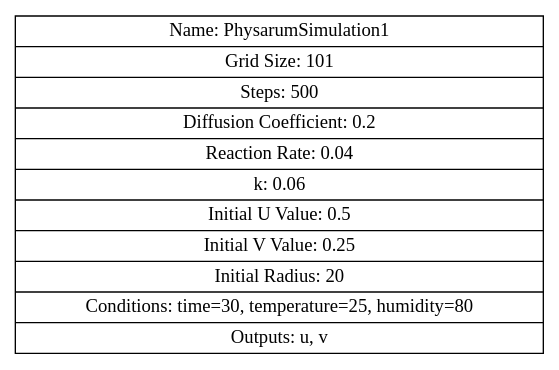
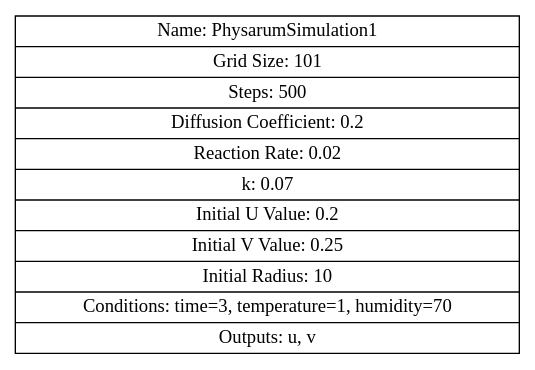
Before and after one commit to biokomputer/dsl: the diagram in 21/physarum.dot, drawn with Graphviz. The commit also changed 8 other files, not shown here.

```diff
--- a/21/physarum.dot
+++ b/21/physarum.dot
@@ -1,17 +1,17 @@
 
     digraph G {
         node [shape=record];
         "Simulation" [label="{
             Name: PhysarumSimulation1 |
             Grid Size: 101 |
             Steps: 500 |
             Diffusion Coefficient: 0.2 |
-            Reaction Rate: 0.04 |
-            k: 0.06 |
-            Initial U Value: 0.5 |
+            Reaction Rate: 0.02 |
+            k: 0.07 |
+            Initial U Value: 0.2 |
             Initial V Value: 0.25 |
-            Initial Radius: 20 |
-            Conditions: time=30, temperature=25, humidity=80 |
+            Initial Radius: 10 |
+            Conditions: time=3, temperature=1, humidity=70 |
             Outputs: u, v
         }"];
     }
```
